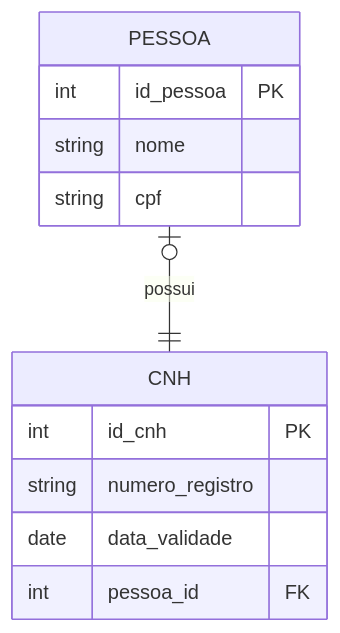
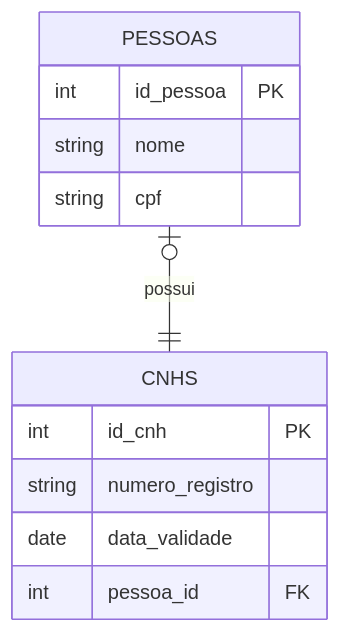
The third of 13 diagrams in docs/aulas/Aula_03_Relacionamentos_Cardinalidade.md (GTI-Fatec-Jahu/BDA-GTI-2026-2), drawn with Mermaid before and after one commit. The commit also changed other lines of this file and 5 other files, not shown here.

````diff
--- a/docs/aulas/Aula_03_Relacionamentos_Cardinalidade.md
+++ b/docs/aulas/Aula_03_Relacionamentos_Cardinalidade.md
@@ -296,15 +296,15 @@
 ```mermaid
 erDiagram
-    PESSOA {
+    PESSOAS {
         int id_pessoa PK
         string nome
         string cpf
     }
-    CNH {
+    CNHS {
         int id_cnh PK
         string numero_registro
         date data_validade
         int pessoa_id FK
     }
-    PESSOA |o--|| CNH : "possui"
+    PESSOAS |o--|| CNHS : "possui"
 ```
````
